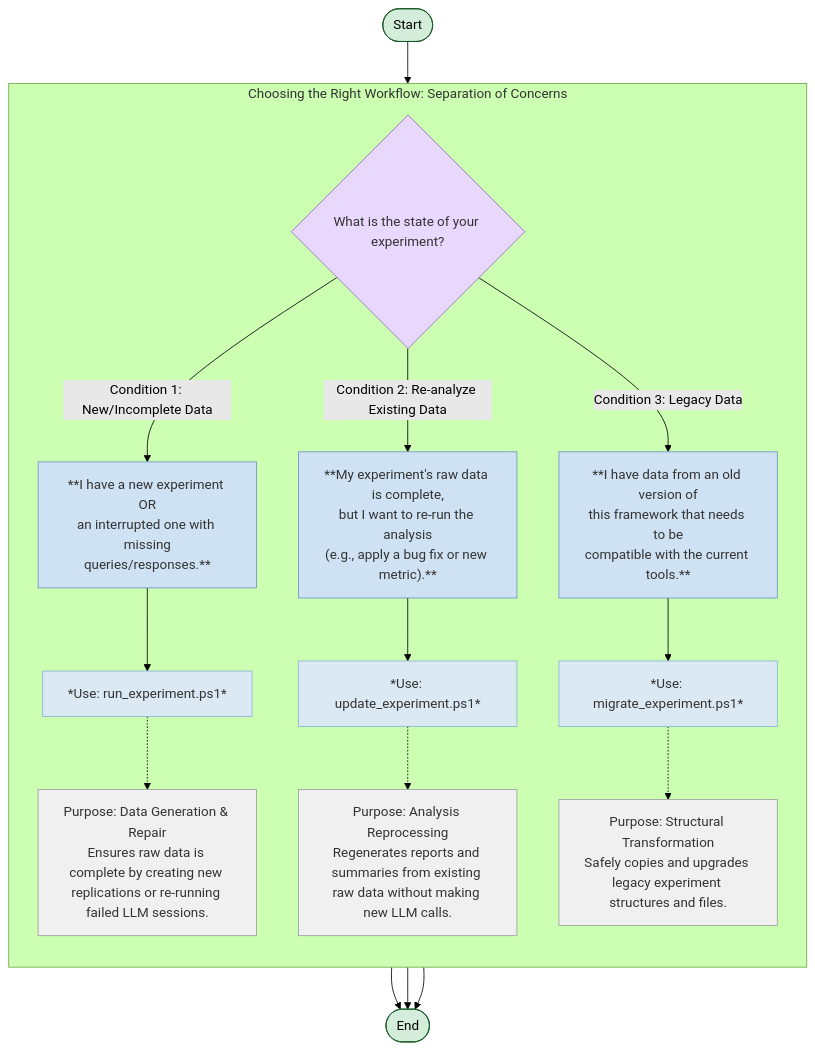
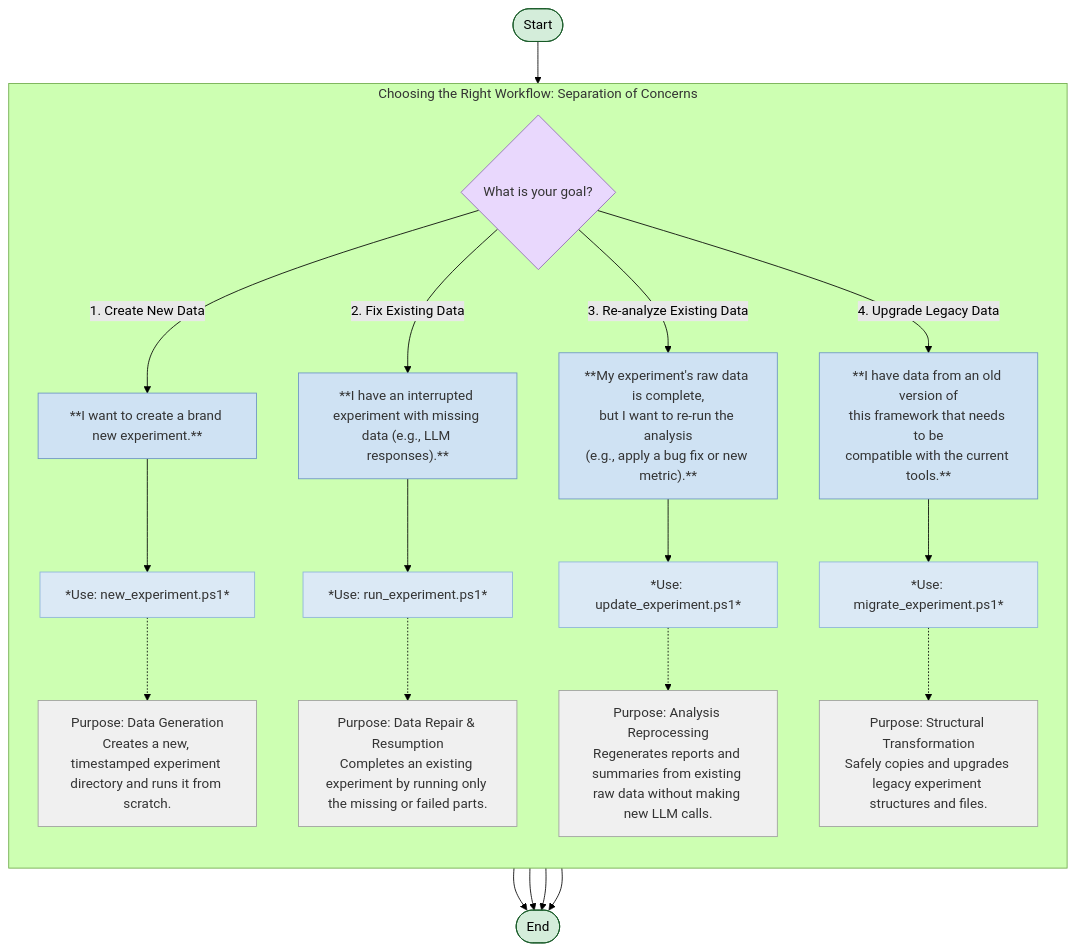
One commit to peterjmarko/llm-narrative-framework changed the diagram in docs/diagrams/logic_workflow_chooser.mmd. Above: the diagram before and after it, drawn with Mermaid (forest theme). The commit also changed 10 other files, not shown here.

```diff
--- a/docs/diagrams/logic_workflow_chooser.mmd
+++ b/docs/diagrams/logic_workflow_chooser.mmd
@@ -1,54 +1,64 @@
 graph TD
 
     %% --- Style Definitions ---
     classDef start_end_node fill:#d4edda,stroke:#155724;
     classDef decision_node fill:#e9d8fd,stroke:#9467bd,color:#333;
     classDef case_node fill:#cfe2f3,stroke:#6c93c4,color:#333;
     classDef instruction_node fill:#dbe9f5,stroke:#8cb3d9,color:#333;
     classDef purpose_node fill:#f0f0f0,stroke:#9e9e9e,color:#333;
 
     %% === Nodes for Decision Tree Workflow ===
     start_node(["Start"]):::start_end_node;
 
     subgraph "Choosing the Right Workflow: Separation of Concerns"
         direction TB
 
-        main_decision{"What is the state of your experiment?"}:::decision_node
+        main_decision{"What is your goal?"}:::decision_node
 
-        %% Branch 1: New/Repair
-        case_1["**I have a new experiment OR\nan interrupted one with missing\nqueries/responses.**"]:::case_node
-        instruction_1["*Use: run_experiment.ps1*"]:::instruction_node
-        purpose_1["Purpose: Data Generation & Repair\nEnsures raw data is complete by creating new replications or re-running failed LLM sessions."]:::purpose_node
+        %% Branch 1: New Experiment
+        case_1["**I want to create a brand new experiment.**"]:::case_node
+        instruction_1["*Use: new_experiment.ps1*"]:::instruction_node
+        purpose_1["Purpose: Data Generation\nCreates a new, timestamped experiment directory and runs it from scratch."]:::purpose_node
+        
+        %% Branch 2: Incomplete/Interrupted Data
+        case_2["**I have an interrupted experiment with missing data (e.g., LLM responses).**"]:::case_node
+        instruction_2["*Use: run_experiment.ps1*"]:::instruction_node
+        purpose_2["Purpose: Data Repair & Resumption\nCompletes an existing experiment by running only the missing or failed parts."]:::purpose_node
 
-        %% Branch 2: Update/Reprocess
-        case_2["**My experiment's raw data is complete,\nbut I want to re-run the analysis\n(e.g., apply a bug fix or new metric).**"]:::case_node
-        instruction_2["*Use: update_experiment.ps1*"]:::instruction_node
-        purpose_2["Purpose: Analysis Reprocessing\nRegenerates reports and summaries from existing raw data without making new LLM calls."]:::purpose_node
+        %% Branch 3: Update/Reprocess
+        case_3["**My experiment's raw data is complete,\nbut I want to re-run the analysis\n(e.g., apply a bug fix or new metric).**"]:::case_node
+        instruction_3["*Use: update_experiment.ps1*"]:::instruction_node
+        purpose_3["Purpose: Analysis Reprocessing\nRegenerates reports and summaries from existing raw data without making new LLM calls."]:::purpose_node
 
-        %% Branch 3: Migrate
-        case_3["**I have data from an old version of\nthis framework that needs to be\ncompatible with the current tools.**"]:::case_node
-        instruction_3["*Use: migrate_experiment.ps1*"]:::instruction_node
-        purpose_3["Purpose: Structural Transformation\nSafely copies and upgrades legacy experiment structures and files."]:::purpose_node
+        %% Branch 4: Migrate
+        case_4["**I have data from an old version of\nthis framework that needs to be\ncompatible with the current tools.**"]:::case_node
+        instruction_4["*Use: migrate_experiment.ps1*"]:::instruction_node
+        purpose_4["Purpose: Structural Transformation\nSafely copies and upgrades legacy experiment structures and files."]:::purpose_node
     end
 
     end_node(["End"]):::start_end_node;
 
     %% === Connections ===
     start_node --> main_decision;
 
-    main_decision -- "Condition 1: New/Incomplete Data" --> case_1;
-    main_decision -- "Condition 2: Re-analyze Existing Data" --> case_2;
-    main_decision -- "Condition 3: Legacy Data" --> case_3;
+    main_decision -- "1. Create New Data" --> case_1;
+    main_decision -- "2. Fix Existing Data" --> case_2;
+    main_decision -- "3. Re-analyze Existing Data" --> case_3;
+    main_decision -- "4. Upgrade Legacy Data" --> case_4;
 
     case_1 --> instruction_1;
     instruction_1 -.-> purpose_1;
 
     case_2 --> instruction_2;
     instruction_2 -.-> purpose_2;
 
     case_3 --> instruction_3;
     instruction_3 -.-> purpose_3;
 
+    case_4 --> instruction_4;
+    instruction_4 -.-> purpose_4;
+
     purpose_1 --> end_node;
     purpose_2 --> end_node;
     purpose_3 --> end_node;
+    purpose_4 --> end_node;
```
